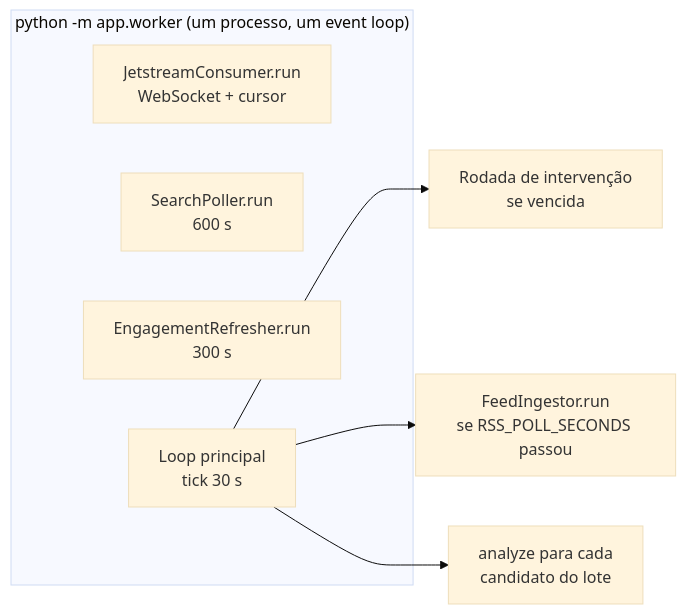
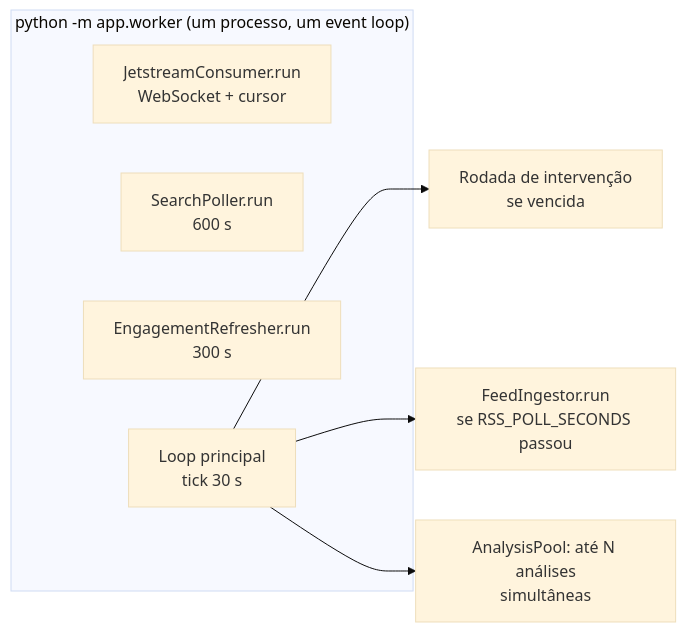
The third of 4 diagrams in docs/arquitetura/index.md (moonshinerd/ContrarIA), drawn with Mermaid (base theme) before and after one commit. The commit also changed other lines of this file and 15 other files, not shown here.

First line of the commit message:
feat(worker): análises simultâneas e teto de fila configuráveis

````diff
--- a/docs/arquitetura/index.md
+++ b/docs/arquitetura/index.md
@@ -108,12 +112,12 @@
 ```mermaid
 flowchart LR
     subgraph Worker["python -m app.worker (um processo, um event loop)"]
         T1[JetstreamConsumer.run<br/>WebSocket + cursor]
         T2[SearchPoller.run<br/>600 s]
         T3[EngagementRefresher.run<br/>300 s]
         L[Loop principal<br/>tick 30 s]
     end
     L --> R1[Rodada de intervenção<br/>se vencida]
     L --> R2[FeedIngestor.run<br/>se RSS_POLL_SECONDS passou]
-    L --> R3[analyze para cada<br/>candidato do lote]
+    L --> R3[AnalysisPool: até N análises<br/>simultâneas]
 ```
````
